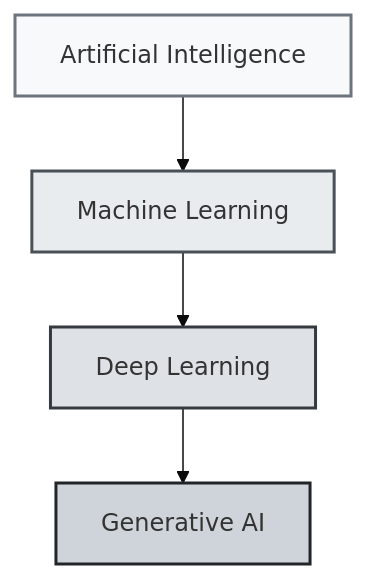
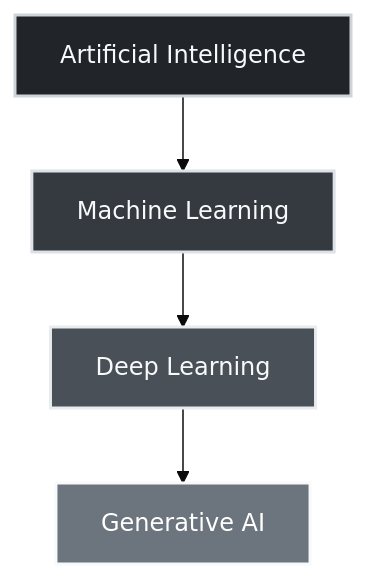
The first of 5 diagrams in AI-ML/Lec 02 - Introduction to Generative AI (Simplified).md (dulithdivisekara/SLIIT-Y2S1-vault), drawn with Mermaid (base theme) before and after one commit. The commit also changed other lines of this file, not shown here.

Commit message:
Update AI definitions and diagram styles in lecture notes

````diff
--- a/AI-ML/Lec 02 - Introduction to Generative AI (Simplified).md
+++ b/AI-ML/Lec 02 - Introduction to Generative AI (Simplified).md
@@ -13,16 +13,17 @@
 ```mermaid
 graph TD
-    classDef ai fill:#f8f9fa,stroke:#6c757d,stroke-width:2px;
-    classDef ml fill:#e9ecef,stroke:#495057,stroke-width:2px;
-    classDef dl fill:#dee2e6,stroke:#343a40,stroke-width:2px;
-    classDef gen fill:#ced4da,stroke:#212529,stroke-width:2px;
+    classDef ai fill:#212529,stroke:#ced4da,stroke-width:2px,color:#f8f9fa;
+    classDef ml fill:#343a40,stroke:#dee2e6,stroke-width:2px,color:#f8f9fa;
+    classDef dl fill:#495057,stroke:#e9ecef,stroke-width:2px,color:#f8f9fa;
+    classDef gen fill:#6c757d,stroke:#f8f9fa,stroke-width:2px,color:#ffffff;
 
     AI[Artificial Intelligence] --> ML[Machine Learning]
     ML --> DL[Deep Learning]
     DL --> GenAI[Generative AI]
 
     class AI ai;
     class ML ml;
     class DL dl;
     class GenAI gen;
+
 ```
````
